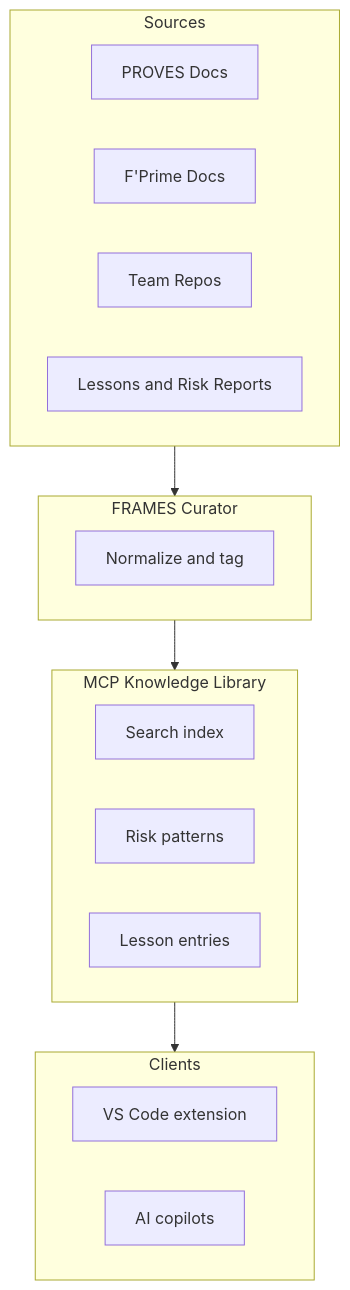
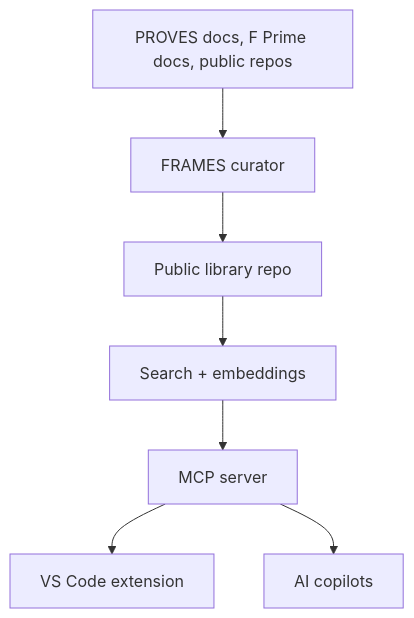
Before and after one commit to Lizo-RoadTown/proveskit-agent: the first of 2 diagrams in pages/technical.md, drawn with Mermaid. The commit also changed other lines of this file and 8 other files, not shown here.

Commit message:
Refocus site on MCP library and risk scan

````diff
--- a/pages/technical.md
+++ b/pages/technical.md
@@ -61,26 +21,9 @@
 ```mermaid
 graph TB
-    subgraph Sources["Sources"]
-        ProvesDocs["PROVES Docs"]
-        FPrimeDocs["F'Prime Docs"]
-        Repos["Team Repos"]
-        Lessons["Lessons and Risk Reports"]
-    end
-
-    subgraph Curator["FRAMES Curator"]
-        Normalize["Normalize and tag"]
-    end
-
-    subgraph MCP["MCP Knowledge Library"]
-        Index["Search index"]
-        Risk["Risk patterns"]
-        Entries["Lesson entries"]
-    end
-
-    subgraph Clients["Clients"]
-        VSCode["VS Code extension"]
-        Agents["AI copilots"]
-    end
-
-    Sources --> Curator --> MCP --> Clients
+  Sources[PROVES docs, F Prime docs, public repos] --> Curator[FRAMES curator]
+  Curator --> Library[Public library repo]
+  Library --> Index[Search + embeddings]
+  Index --> MCP[MCP server]
+  MCP --> VSCode[VS Code extension]
+  MCP --> AI[AI copilots]
 ```
````
